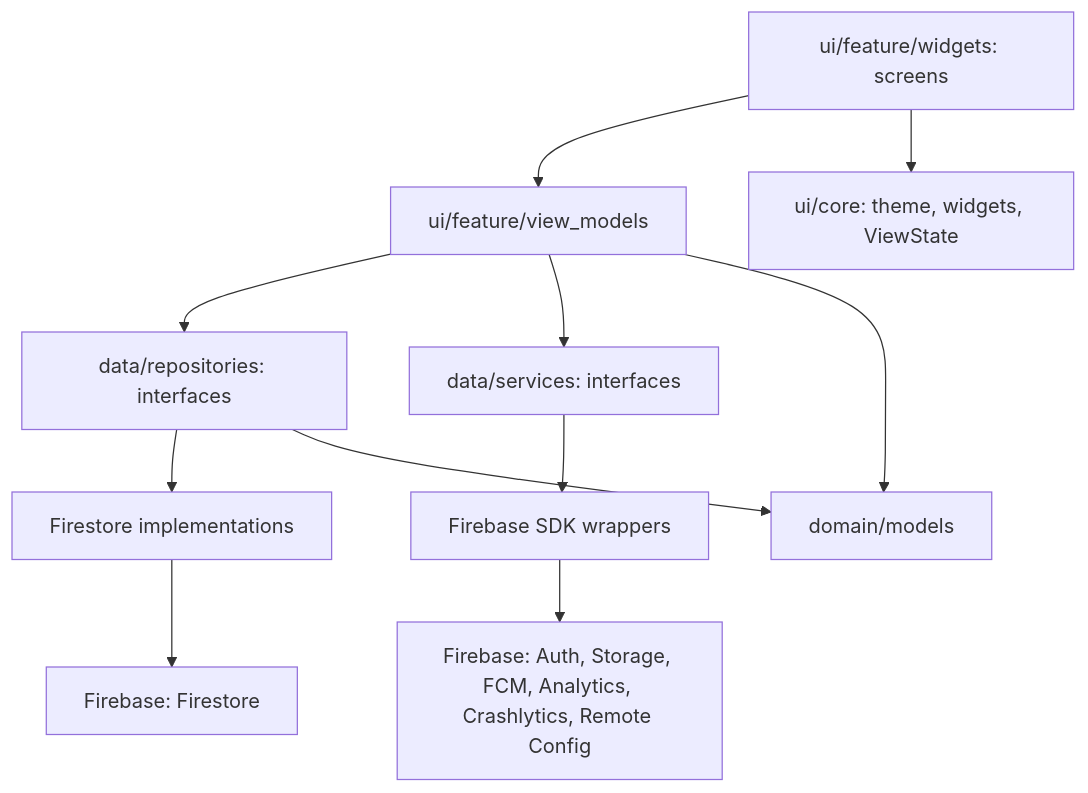
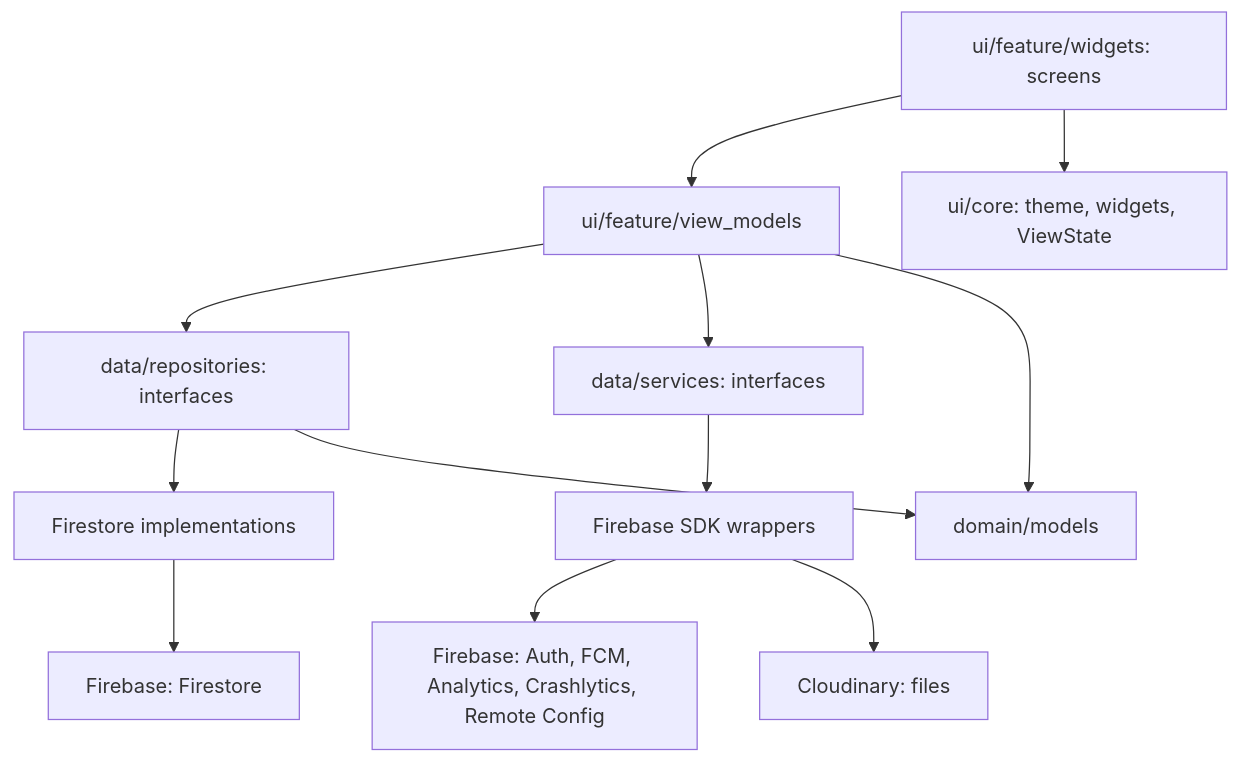
The first of 2 diagrams in docs/architecture.md (baonv0817/PRM393_Lab03_Group2), drawn with Mermaid before and after one commit. The commit also changed other lines of this file and 82 other files, not shown here.

````diff
--- a/docs/architecture.md
+++ b/docs/architecture.md
@@ -38,13 +57,14 @@
 ```mermaid
 graph TD
     V[ui/feature/widgets: screens] --> VM[ui/feature/view_models]
     V --> CORE[ui/core: theme, widgets, ViewState]
     VM --> R[data/repositories: interfaces]
     VM --> S[data/services: interfaces]
     R --> RI[Firestore implementations]
     S --> SI[Firebase SDK wrappers]
     RI --> FB[Firebase: Firestore]
-    SI --> FB2[Firebase: Auth, Storage, FCM, Analytics, Crashlytics, Remote Config]
+    SI --> FB2[Firebase: Auth, FCM, Analytics, Crashlytics, Remote Config]
+    SI --> CL[Cloudinary: files]
     VM --> M[domain/models]
     R --> M
 ```
````
